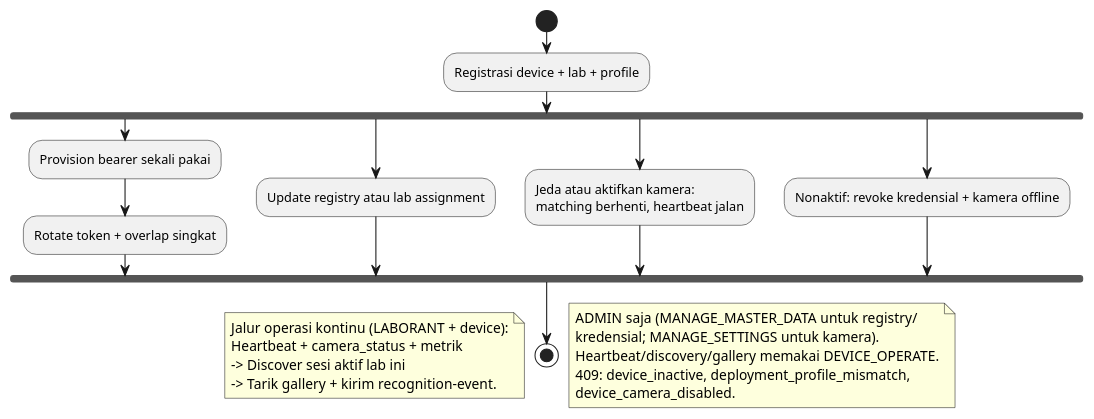
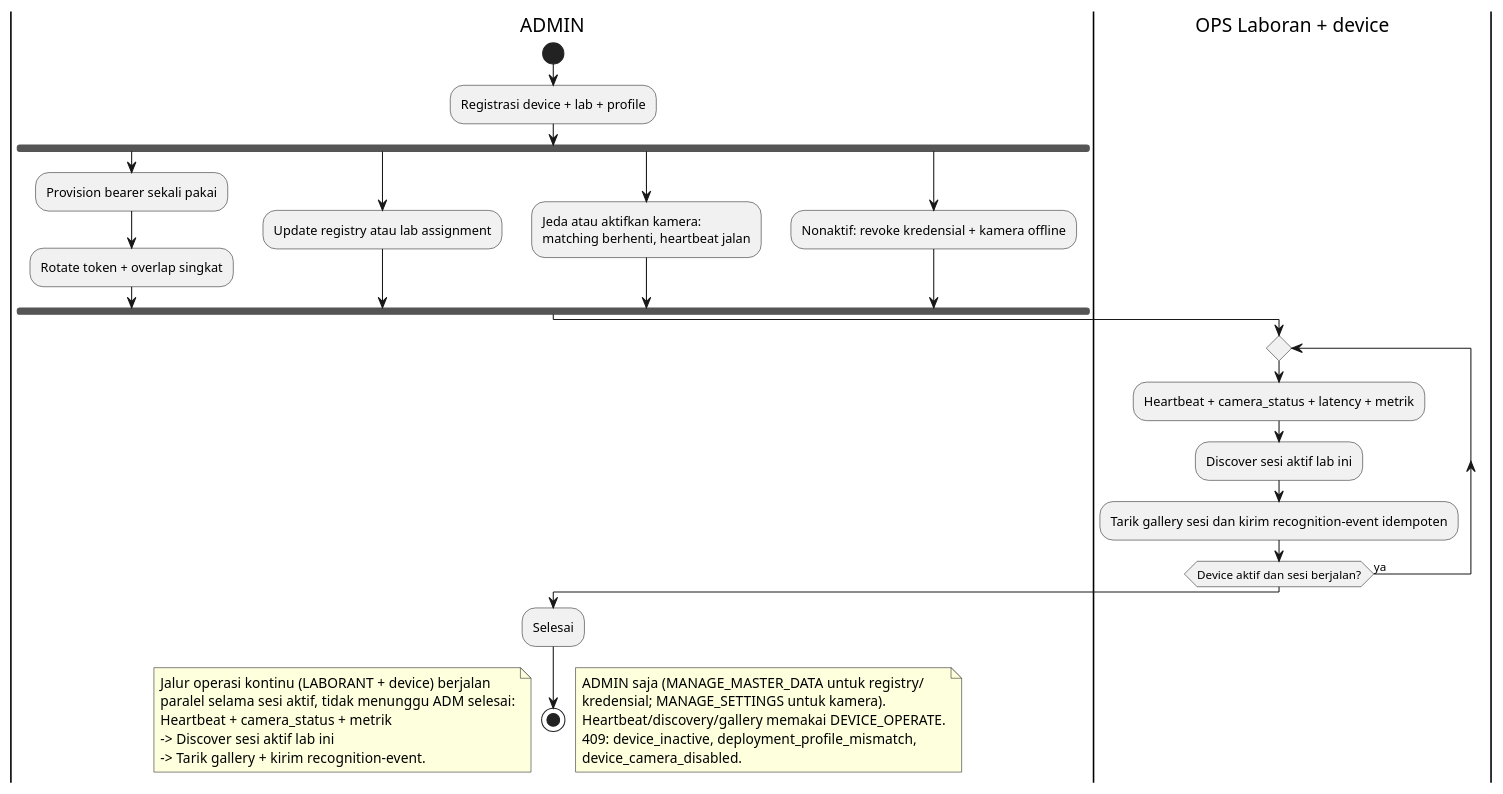
One commit to mygads/Face-Recognition-Capstone changed the diagram in docs/diagrams/plantuml/act-f11-device.puml. Above: the diagram before and after it, drawn with PlantUML. The commit also changed 58 other files, not shown here.

First line of the commit message:
Refactor activity diagrams and update flow descriptions

```diff
--- a/docs/diagrams/plantuml/act-f11-device.puml
+++ b/docs/diagrams/plantuml/act-f11-device.puml
@@ -1,31 +1,41 @@
 @startuml
 ' Activity F-11 Perangkat — docs/proposal/05-activity.md §5.11
+|ADMIN|
 start
 :Registrasi device + lab + profile;
 fork
   :Provision bearer sekali pakai;
   :Rotate token + overlap singkat;
 fork again
   :Update registry atau lab assignment;
 fork again
   :Jeda atau aktifkan kamera:\nmatching berhenti, heartbeat jalan;
 fork again
   :Nonaktif: revoke kredensial + kamera offline;
 end fork
+|OPS Laboran + device|
+repeat
+  :Heartbeat + camera_status + latency + metrik;
+  :Discover sesi aktif lab ini;
+  :Tarik gallery sesi dan kirim recognition-event idempoten;
+repeat while (Device aktif dan sesi berjalan?) is (ya)
+|ADMIN|
+:Selesai;
 stop
 
 note right
   ADMIN saja (MANAGE_MASTER_DATA untuk registry/
   kredensial; MANAGE_SETTINGS untuk kamera).
   Heartbeat/discovery/gallery memakai DEVICE_OPERATE.
   409: device_inactive, deployment_profile_mismatch,
   device_camera_disabled.
 end note
 
 note left
-  Jalur operasi kontinu (LABORANT + device):
+  Jalur operasi kontinu (LABORANT + device) berjalan
+  paralel selama sesi aktif, tidak menunggu ADM selesai:
   Heartbeat + camera_status + metrik
   -> Discover sesi aktif lab ini
   -> Tarik gallery + kirim recognition-event.
 end note
 @enduml
```
